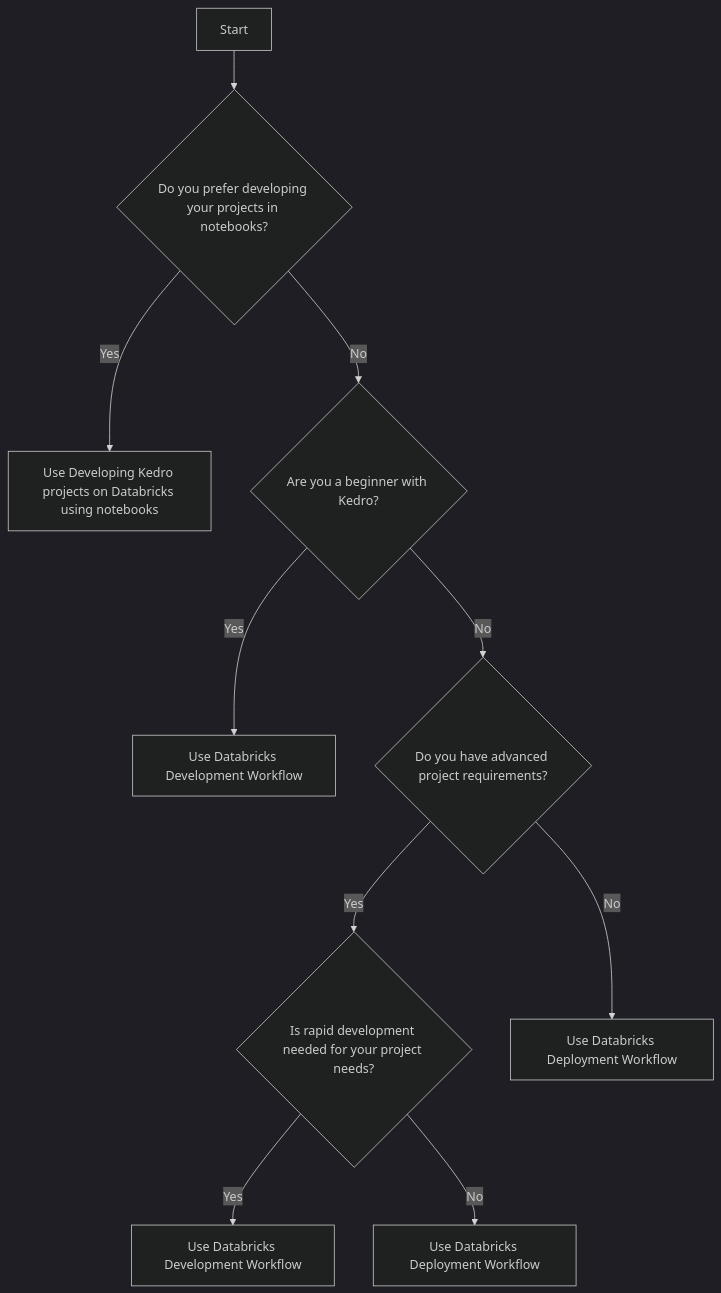
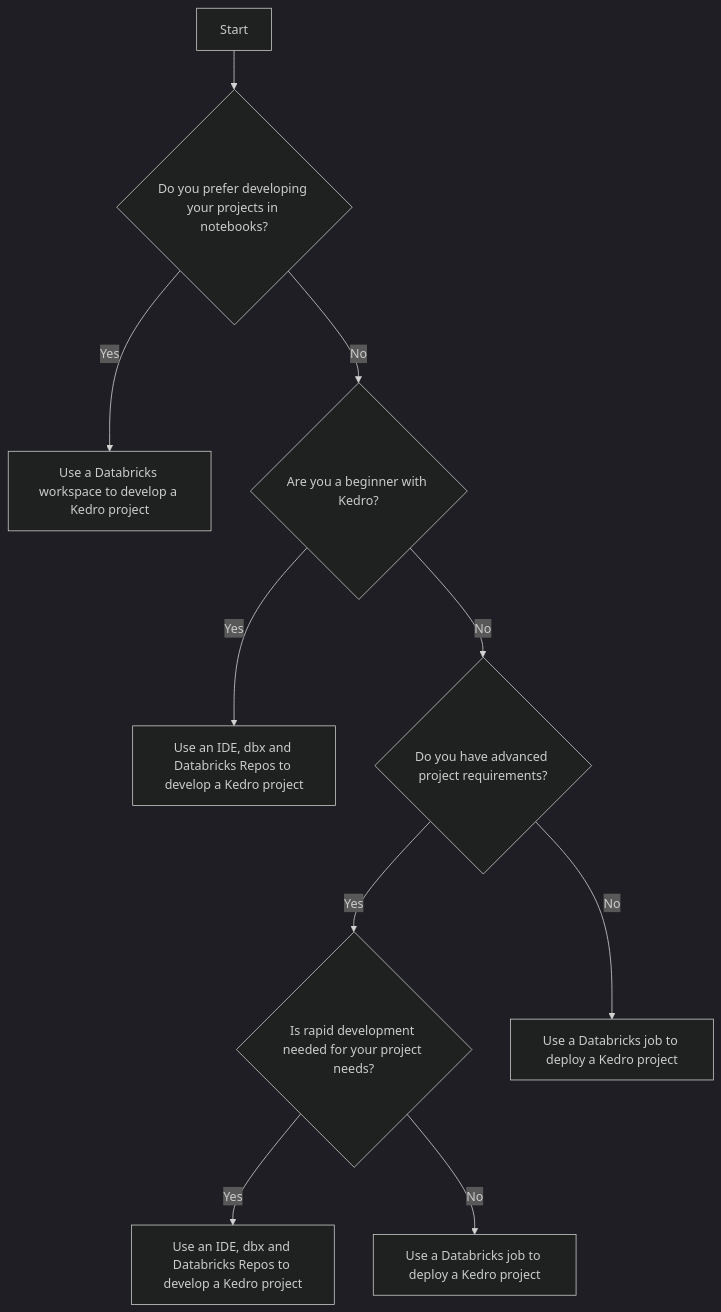
The diagram in docs/source/deployment/databricks/choosing_databricks_workflow.md (kedro-org/kedro), drawn with Mermaid (dark theme) before and after one commit. The commit also changed other lines of this file and 1 other file, not shown here.

````diff
--- a/docs/source/deployment/databricks/choosing_databricks_workflow.md
+++ b/docs/source/deployment/databricks/choosing_databricks_workflow.md
@@ -22,12 +27,12 @@
 ```mermaid
 graph TD
   A[Start] --> B{Do you prefer developing your projects in notebooks?}
-  B -->|Yes| C[Use Developing Kedro projects on Databricks using notebooks]
+  B -->|Yes| C[Use a Databricks workspace to develop a Kedro project]
   B -->|No| D{Are you a beginner with Kedro?}
-  D -->|Yes| E[Use Databricks Development Workflow]
+  D -->|Yes| E[Use an IDE, dbx and Databricks Repos to develop a Kedro project]
   D -->|No| F{Do you have advanced project requirements?}
   F -->|Yes| G{Is rapid development needed for your project needs?}
-  F -->|No| H[Use Databricks Deployment Workflow]
-  G -->|Yes| I[Use Databricks Development Workflow]
-  G -->|No| J[Use Databricks Deployment Workflow]
+  F -->|No| H[Use a Databricks job to deploy a Kedro project]
+  G -->|Yes| I[Use an IDE, dbx and Databricks Repos to develop a Kedro project]
+  G -->|No| J[Use a Databricks job to deploy a Kedro project]
 ```
````
